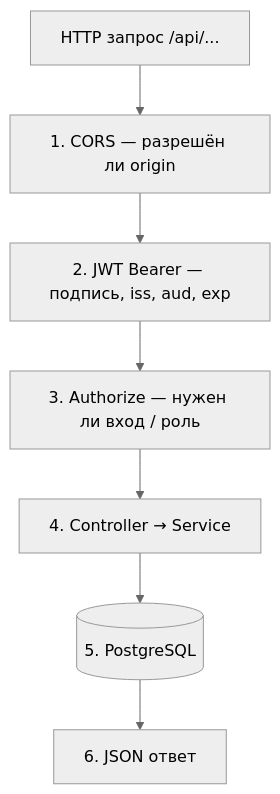
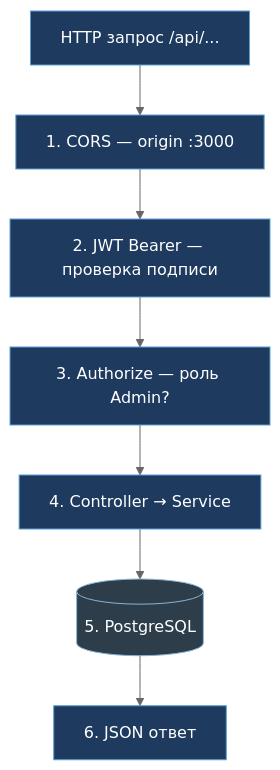
One commit to ITSTEP-PERRY/Back_end_for_our_poroject changed the seventh of 10 diagrams in project_defense/DEFENSE_BACKEND.md. Above: the diagram before and after it, drawn with Mermaid (neutral theme). The commit also changed other lines of this file and 2 other files, not shown here.

````diff
--- a/project_defense/DEFENSE_BACKEND.md
+++ b/project_defense/DEFENSE_BACKEND.md
@@ -268,11 +308,17 @@
 ```mermaid
 flowchart TB
   REQ["HTTP запрос /api/..."]
-  C["1. CORS — разрешён ли origin"]
-  J["2. JWT Bearer — подпись, iss, aud, exp"]
-  A["3. Authorize — нужен ли вход / роль"]
+  C["1. CORS — origin :3000"]
+  J["2. JWT Bearer — проверка подписи"]
+  A["3. Authorize — роль Admin?"]
   H["4. Controller → Service"]
   DB[("5. PostgreSQL")]
   R["6. JSON ответ"]
+
   REQ --> C --> J --> A --> H --> DB --> R
+
+  classDef a fill:#1e3a5f,stroke:#5b9fd4,color:#fff
+  classDef d fill:#2d3e4a,stroke:#8ab4d4,color:#fff
+  class REQ,C,J,A,H,R a
+  class DB d
 ```
````
